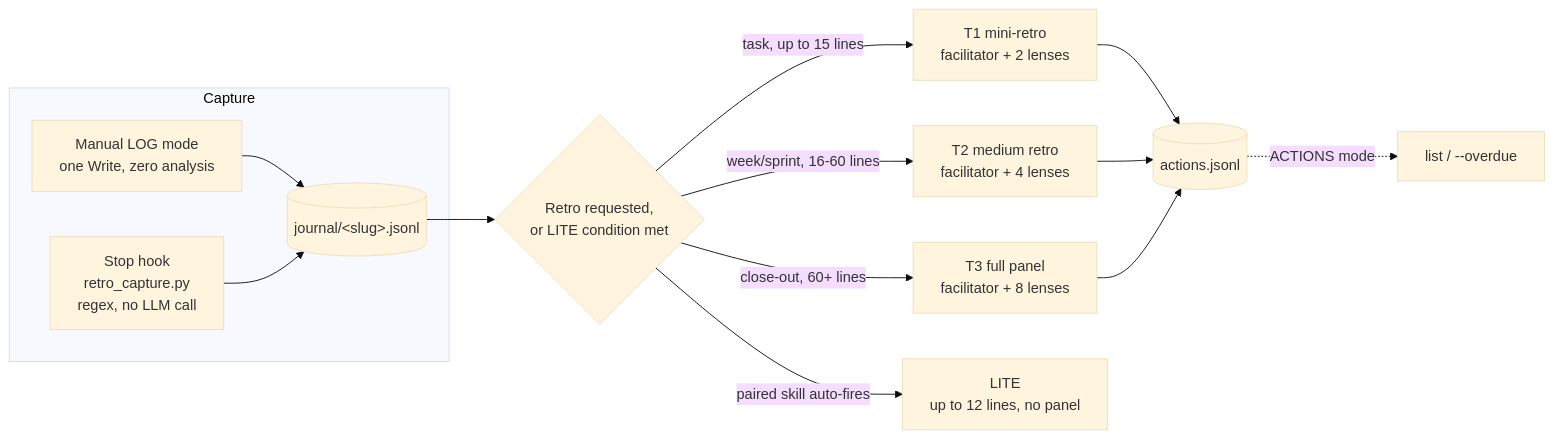
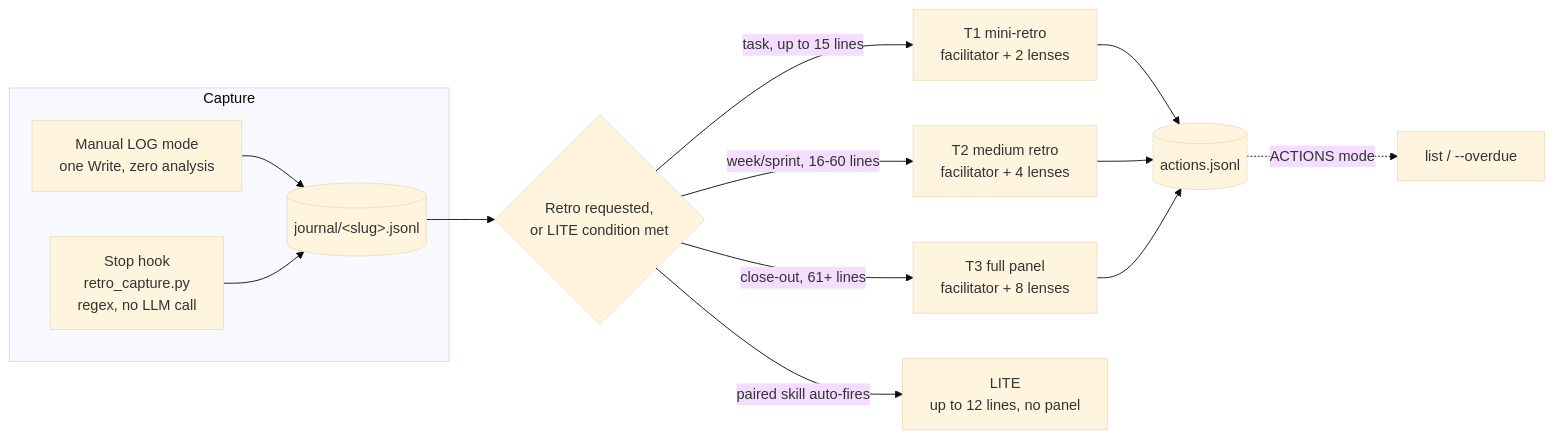
One commit to AdiMendelowitz/instrumented_skills changed the diagram in retrospective/README.md. Above: the diagram before and after it, drawn with Mermaid (base theme). The commit also changed other lines of this file and 3 other files, not shown here.

````diff
--- a/retrospective/README.md
+++ b/retrospective/README.md
@@ -23,16 +23,16 @@
 ```mermaid
 flowchart LR
     subgraph Capture
     M[Manual LOG mode<br/>one Write, zero analysis] --> J[(journal/&lt;slug&gt;.jsonl)]
     H[Stop hook<br/>retro_capture.py<br/>regex, no LLM call] --> J
     end
     J --> Trigger{Retro requested,<br/>or LITE condition met}
     Trigger -->|task, up to 15 lines| T1[T1 mini-retro<br/>facilitator + 2 lenses]
     Trigger -->|week/sprint, 16-60 lines| T2[T2 medium retro<br/>facilitator + 4 lenses]
-    Trigger -->|close-out, 60+ lines| T3[T3 full panel<br/>facilitator + 8 lenses]
+    Trigger -->|close-out, 61+ lines| T3[T3 full panel<br/>facilitator + 8 lenses]
     Trigger -->|paired skill auto-fires| LITE[LITE<br/>up to 12 lines, no panel]
     T1 --> AJ[(actions.jsonl)]
     T2 --> AJ
     T3 --> AJ
     AJ -.->|ACTIONS mode| Q[list / --overdue]
 ```
````
